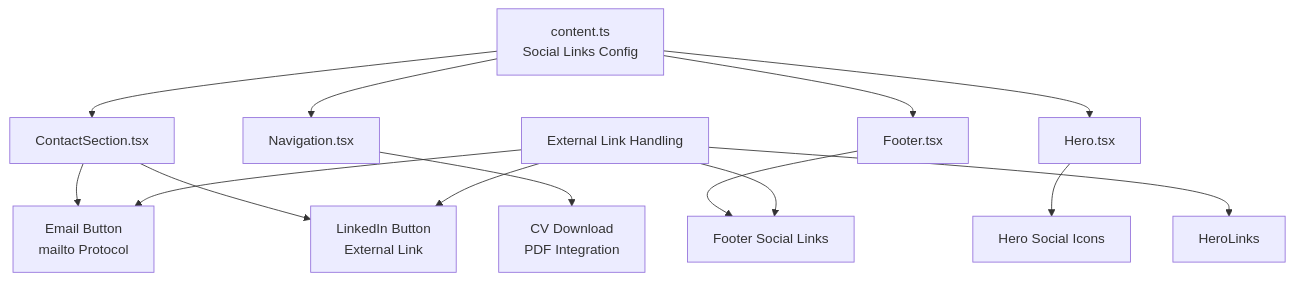
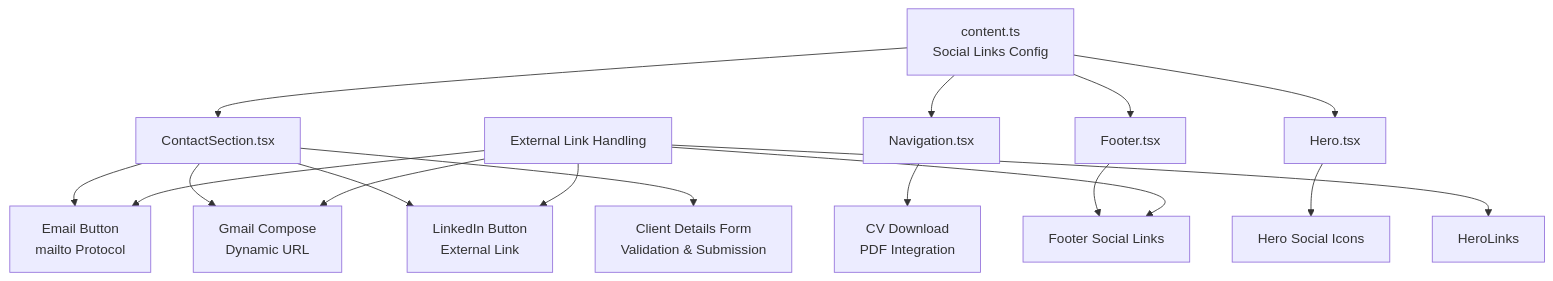
The fourth of 5 diagrams in .qoder/repowiki/en/content/Component Library & UI Elements/ContactSection Component.md (subash7781/Portfolio), drawn with Mermaid before and after one commit. The commit also changed other lines of this file and 5 other files, not shown here.

````diff
--- a/.qoder/repowiki/en/content/Component Library & UI Elements/ContactSection Component.md
+++ b/.qoder/repowiki/en/content/Component Library & UI Elements/ContactSection Component.md
@@ -214,16 +262,19 @@
 ```mermaid
 flowchart TD
 ContentConfig["content.ts<br/>Social Links Config"] --> ContactSection["ContactSection.tsx"]
 ContentConfig --> Navigation["Navigation.tsx"]
 ContentConfig --> Footer["Footer.tsx"]
 ContentConfig --> Hero["Hero.tsx"]
 ContactSection --> EmailButton["Email Button<br/>mailto Protocol"]
+ContactSection --> GmailCompose["Gmail Compose<br/>Dynamic URL"]
 ContactSection --> LinkedInButton["LinkedIn Button<br/>External Link"]
+ContactSection --> ClientForm["Client Details Form<br/>Validation & Submission"]
 Navigation --> CVDownload["CV Download<br/>PDF Integration"]
 Footer --> SocialLinks["Footer Social Links"]
 Hero --> SocialIcons["Hero Social Icons"]
 ExternalLink["External Link Handling"] --> EmailButton
+ExternalLink --> GmailCompose
 ExternalLink --> LinkedInButton
 ExternalLink --> SocialLinks
 ExternalLink --> HeroLinks
 ```
````
